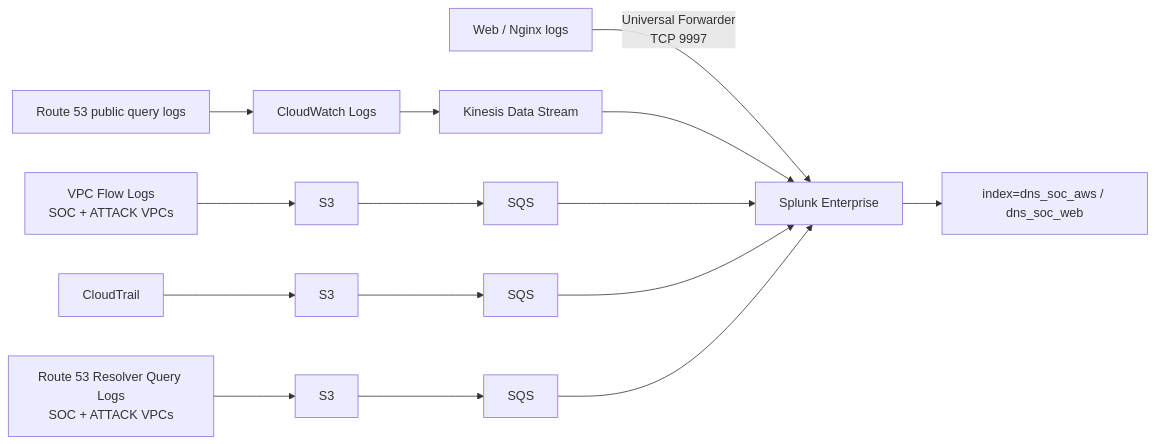
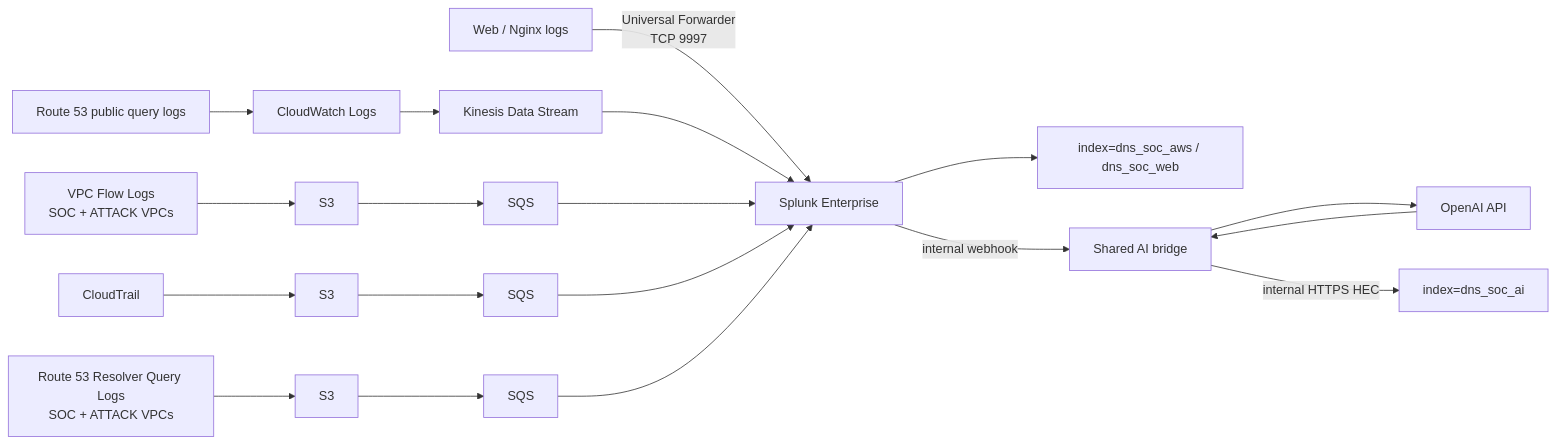
The second of 2 diagrams in README.md (DNS-SOC-Lab/DNS-Lab-Infrastructure), drawn with Mermaid before and after one commit. The commit also changed other lines of this file and 5 other files, not shown here.

````diff
--- a/README.md
+++ b/README.md
@@ -71,22 +74,26 @@
 ```mermaid
 flowchart LR
     W[Web / Nginx logs] -->|Universal Forwarder<br/>TCP 9997| S[Splunk Enterprise]
 
     R53[Route 53 public query logs] --> CW[CloudWatch Logs]
     CW --> K[Kinesis Data Stream]
     K --> S
 
     VF[VPC Flow Logs<br/>SOC + ATTACK VPCs] --> S3A[S3]
     S3A --> SQSA[SQS]
     SQSA --> S
 
     CT[CloudTrail] --> S3B[S3]
     S3B --> SQSB[SQS]
     SQSB --> S
 
     RQ[Route 53 Resolver Query Logs<br/>SOC + ATTACK VPCs] --> S3C[S3]
     S3C --> SQSC[SQS]
     SQSC --> S
 
     S --> IDX[index=dns_soc_aws / dns_soc_web]
+    S -->|internal webhook| AIB[Shared AI bridge]
+    AIB --> OAI[OpenAI API]
+    OAI --> AIB
+    AIB -->|internal HTTPS HEC| AIDX[index=dns_soc_ai]
 ```
````
